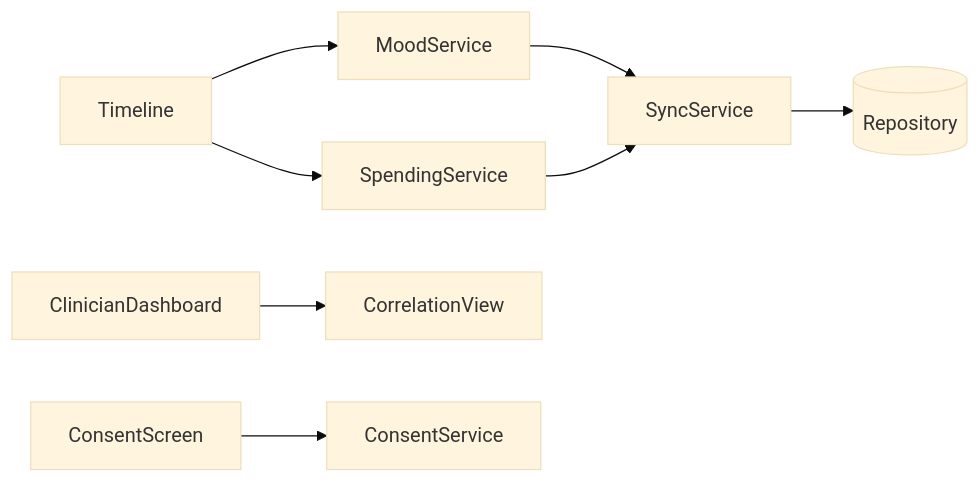
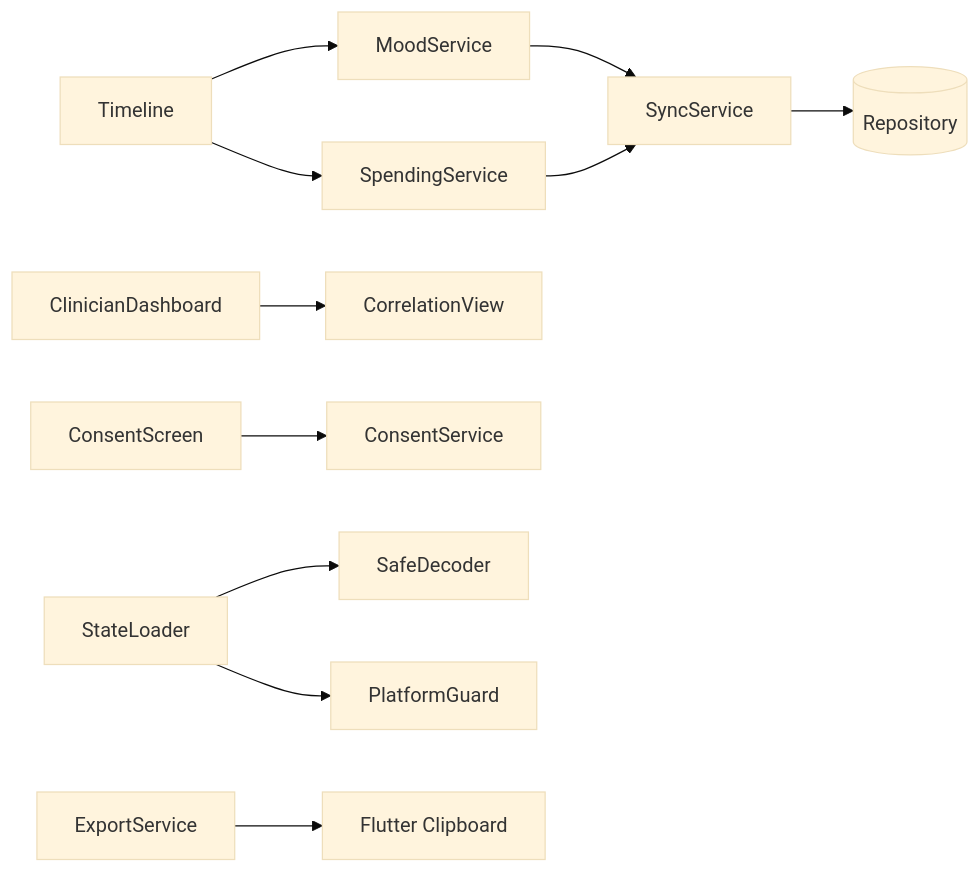
One commit to AloisioMagalhaes/bipolar-mood-spending-tracker changed the diagram in docs/diagrams/c4/component.md. Above: the diagram before and after it, drawn with Mermaid (base theme). The commit also changed 3 other files, not shown here.

````diff
--- a/docs/diagrams/c4/component.md
+++ b/docs/diagrams/c4/component.md
@@ -3,10 +3,13 @@
 ```mermaid
 flowchart LR
   Timeline --> MoodService
   Timeline --> SpendingService
   ClinicianDashboard --> CorrelationView
   ConsentScreen --> ConsentService
   MoodService --> SyncService
   SpendingService --> SyncService
   SyncService --> Repository[(Repository)]
+  StateLoader --> SafeDecoder
+  StateLoader --> PlatformGuard
+  ExportService --> Clipboard[Flutter Clipboard]
 ```
````
